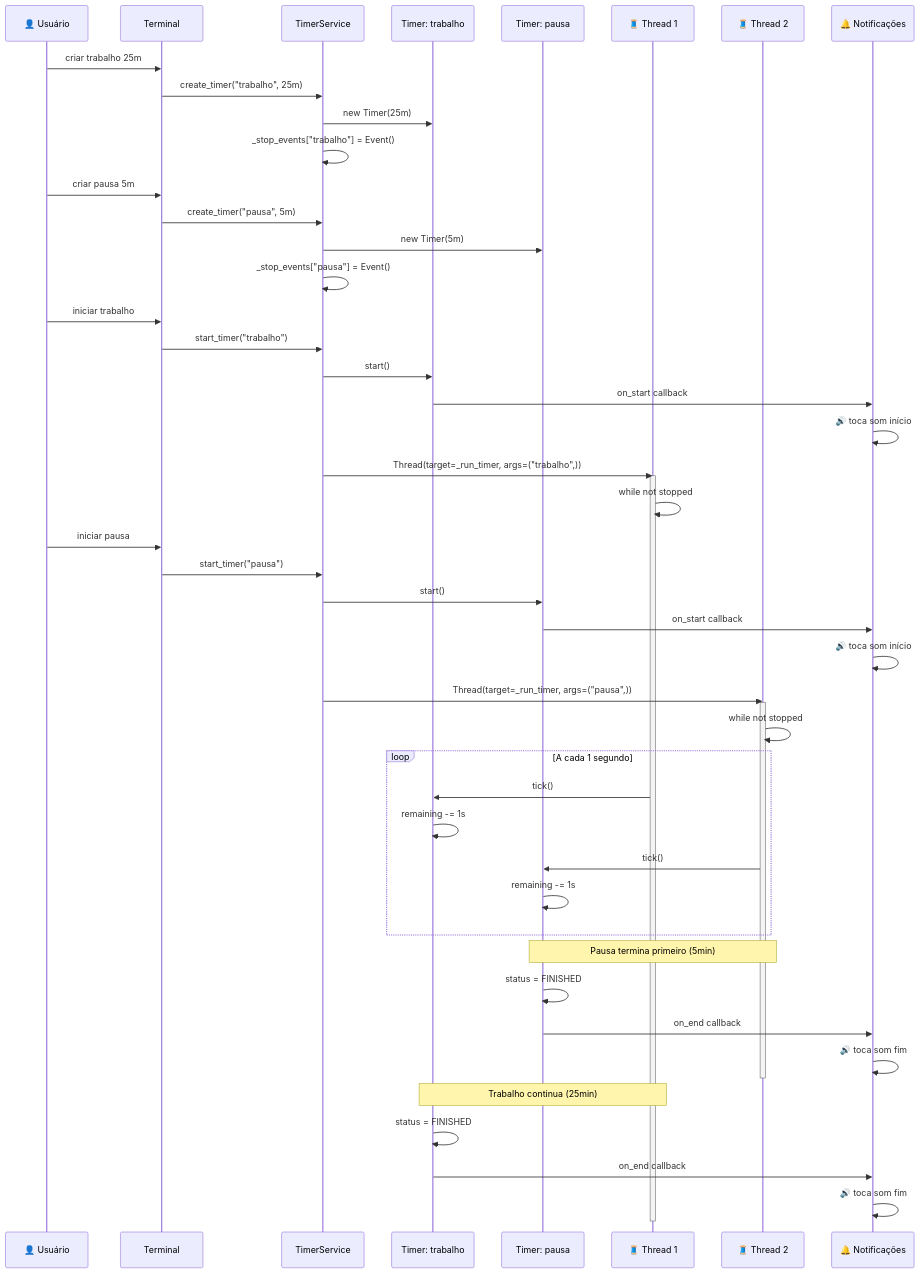
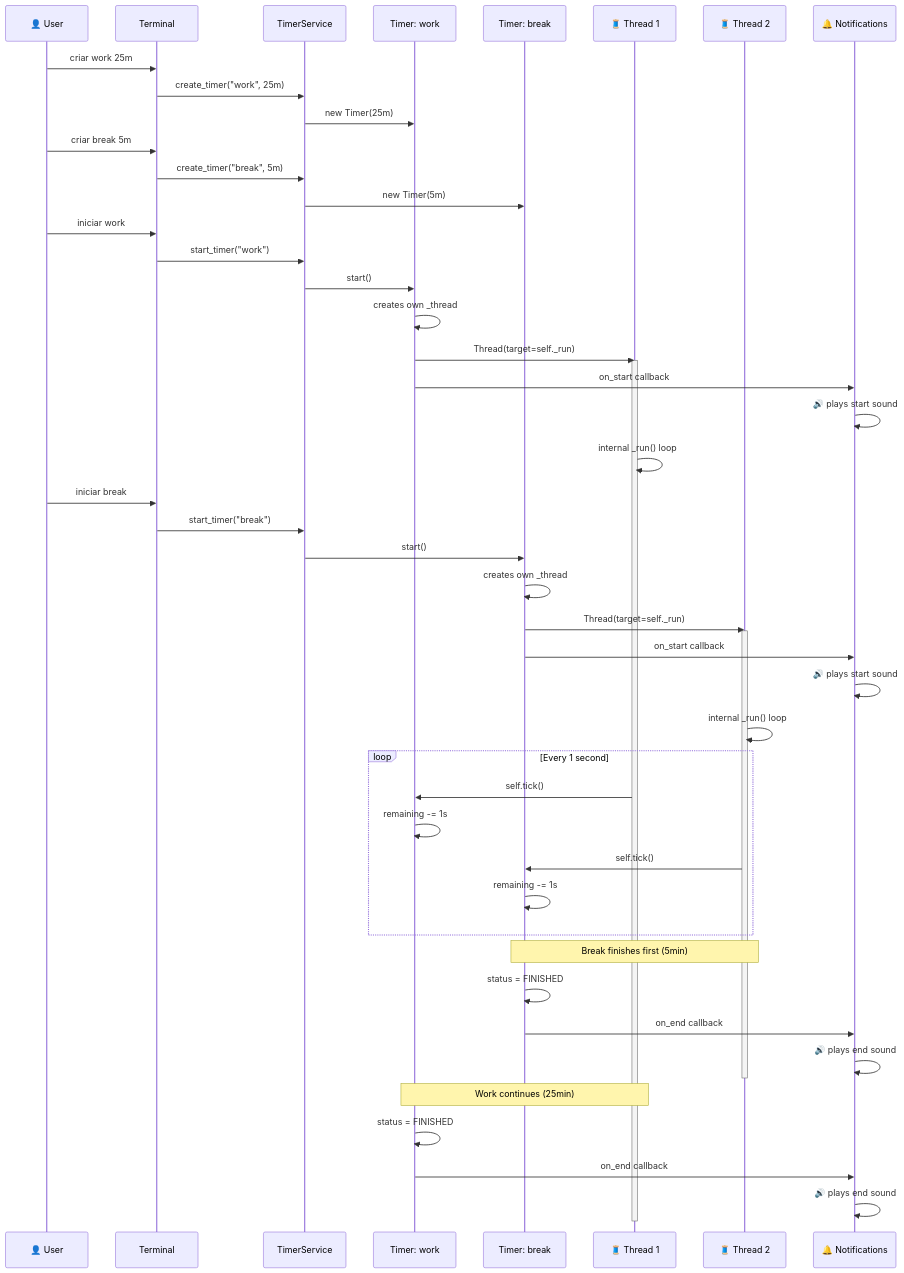
One commit to frbelotto/FreeTimerAlert changed the third of 4 diagrams in README.md. Above: the diagram before and after it, drawn with Mermaid. The commit also changed other lines of this file and 10 other files, not shown here.

````diff
--- a/README.md
+++ b/README.md
@@ -194,58 +248,58 @@
 ```mermaid
 sequenceDiagram
-    participant U as 👤 Usuário
+    participant U as 👤 User
     participant UI as Terminal
     participant S as TimerService
-    participant T1 as Timer: trabalho
-    participant T2 as Timer: pausa
+    participant T1 as Timer: work
+    participant T2 as Timer: break
     participant TH1 as 🧵 Thread 1
     participant TH2 as 🧵 Thread 2
-    participant N as 🔔 Notificações
+    participant N as 🔔 Notifications
 
-    U->>UI: criar trabalho 25m
-    UI->>S: create_timer("trabalho", 25m)
+    U->>UI: criar work 25m
+    UI->>S: create_timer("work", 25m)
     S->>T1: new Timer(25m)
-    S->>S: _stop_events["trabalho"] = Event()
     
-    U->>UI: criar pausa 5m
-    UI->>S: create_timer("pausa", 5m)
+    U->>UI: criar break 5m
+    UI->>S: create_timer("break", 5m)
     S->>T2: new Timer(5m)
-    S->>S: _stop_events["pausa"] = Event()
     
-    U->>UI: iniciar trabalho
-    UI->>S: start_timer("trabalho")
+    U->>UI: iniciar work
+    UI->>S: start_timer("work")
     S->>T1: start()
+    T1->>T1: creates own _thread
+    T1->>TH1: Thread(target=self._run)
+    activate TH1
     T1->>N: on_start callback
-    N->>N: 🔊 toca som início
-    S->>TH1: Thread(target=_run_timer, args=("trabalho",))
-    activate TH1
-    TH1->>TH1: while not stopped
+    N->>N: 🔊 plays start sound
+    TH1->>TH1: internal _run() loop
     
-    U->>UI: iniciar pausa
-    UI->>S: start_timer("pausa")
+    U->>UI: iniciar break
+    UI->>S: start_timer("break")
     S->>T2: start()
+    T2->>T2: creates own _thread
+    T2->>TH2: Thread(target=self._run)
+    activate TH2
     T2->>N: on_start callback
-    N->>N: 🔊 toca som início
-    S->>TH2: Thread(target=_run_timer, args=("pausa",))
-    activate TH2
-    TH2->>TH2: while not stopped
+    N->>N: 🔊 plays start sound
+    TH2->>TH2: internal _run() loop
     
-    loop A cada 1 segundo
-        TH1->>T1: tick()
+    loop Every 1 second
+        TH1->>T1: self.tick()
         T1->>T1: remaining -= 1s
-        TH2->>T2: tick()
+        TH2->>T2: self.tick()
         T2->>T2: remaining -= 1s
     end
     
-    Note over TH2,T2: Pausa termina primeiro (5min)
+    Note over TH2,T2: Break finishes first (5min)
     T2->>T2: status = FINISHED
     T2->>N: on_end callback
-    N->>N: 🔊 toca som fim
+    N->>N: 🔊 plays end sound
     deactivate TH2
     
-    Note over TH1,T1: Trabalho continua (25min)
+    Note over TH1,T1: Work continues (25min)
     T1->>T1: status = FINISHED
     T1->>N: on_end callback
-    N->>N: 🔊 toca som fim
+    N->>N: 🔊 plays end sound
     deactivate TH1
 ```
````
